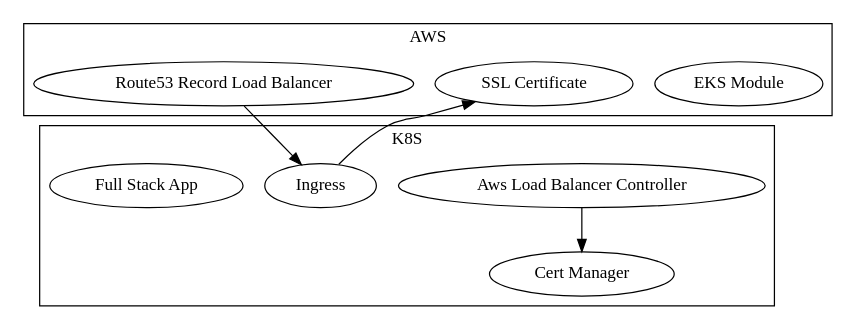
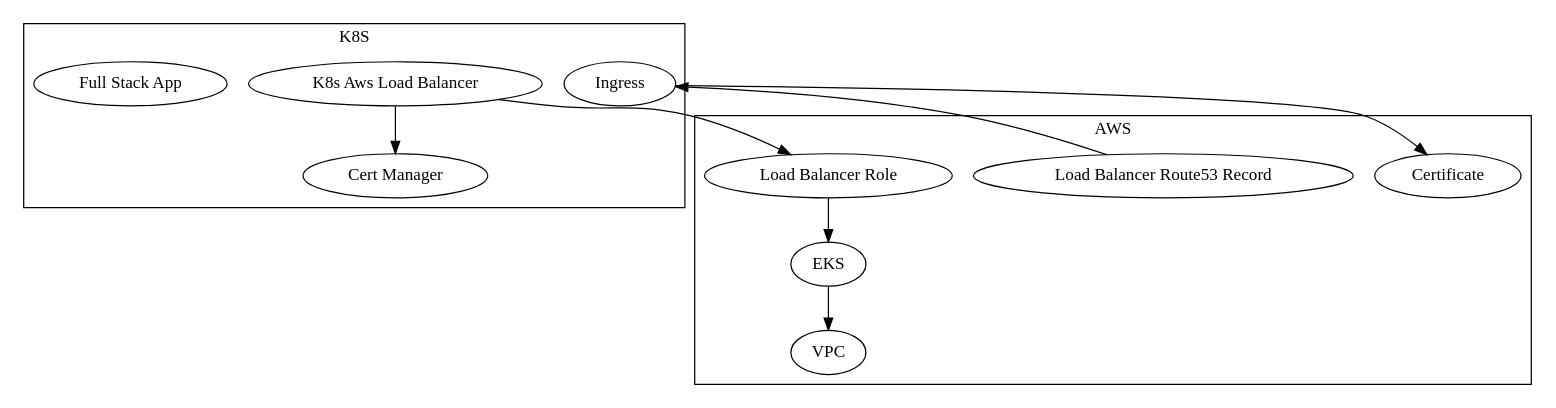
The diagram in examples/k8s/starhackit/aws/modules.dot (grucloud/grucloud), drawn with Graphviz before and after one commit. The commit also changed 6 other files, not shown here.

Commit message:
update README, new module.dot for eks/lbc

```diff
--- a/examples/k8s/starhackit/aws/modules.dot
+++ b/examples/k8s/starhackit/aws/modules.dot
@@ -1,23 +1,27 @@
 digraph graphname {
   subgraph "cluster_mock-1" {
 label=AWS;
-
-"EKS Module"
-"SSL Certificate"
-"Route53 Record Load Balancer"
+"VPC"
+"EKS"
+"Load Balancer Role"
+"Certificate"
+"Load Balancer Route53 Record"
 
 }
 
 subgraph "cluster_k8s-2" {
 label=K8S
-"Aws Load Balancer Controller" 
+"K8s Aws Load Balancer" 
 "Cert Manager" 
 "Ingress" 
 "Full Stack App"
 }
-"Ingress" -> "SSL Certificate"
-"Route53 Record Load Balancer"->"Ingress" 
-"Aws Load Balancer Controller"->"Cert Manager" 
+"K8s Aws Load Balancer"->"Cert Manager" 
+"K8s Aws Load Balancer"-> "Load Balancer Role"
+"EKS" -> "VPC"
+"Load Balancer Role" -> "EKS"
+"Ingress" -> "Certificate"
+"Load Balancer Route53 Record"->"Ingress" 
 
 
 }
```
